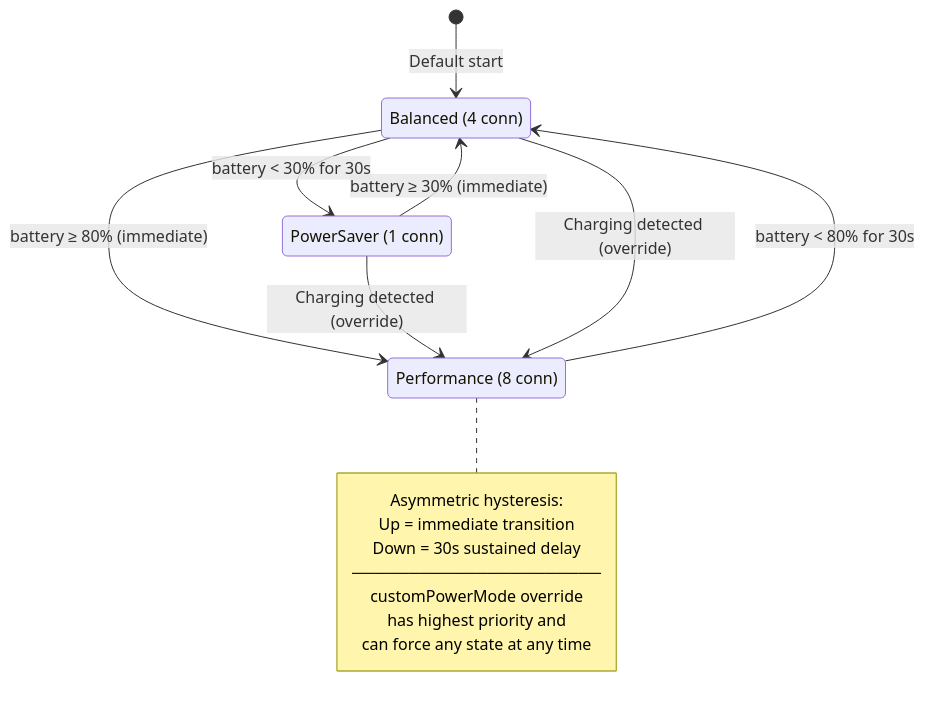
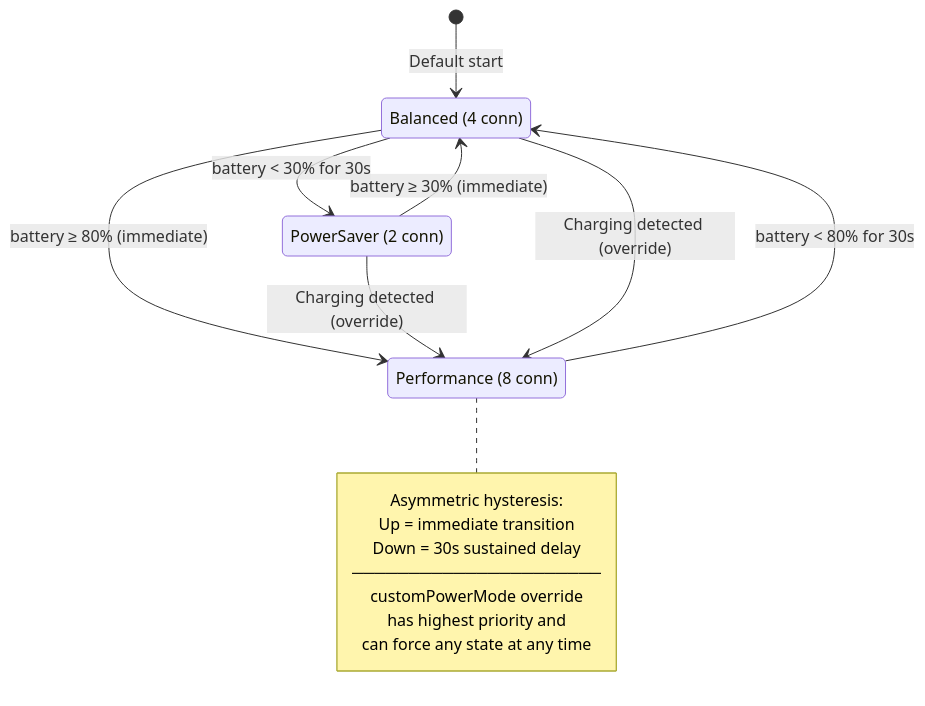
One commit to trancee/MeshLink changed diagram 17 of 18 in docs/design.md. Above: the diagram before and after it, drawn with Mermaid. The commit also changed other lines of this file and 5 other files, not shown here.

````diff
--- a/docs/design.md
+++ b/docs/design.md
@@ -1566,30 +1562,30 @@
 ```mermaid
 stateDiagram-v2
     [*] --> Balanced : Default start
 
     state "Performance (8 conn)" as Performance
     state "Balanced (4 conn)" as Balanced
-    state "PowerSaver (1 conn)" as PowerSaver
+    state "PowerSaver (2 conn)" as PowerSaver
 
     %% Upward transitions — immediate (no hysteresis)
     PowerSaver --> Balanced : battery ≥ 30% (immediate)
     Balanced --> Performance : battery ≥ 80% (immediate)
 
     %% Downward transitions — 30s hysteresis delay
     Performance --> Balanced : battery < 80% for 30s
     Balanced --> PowerSaver : battery < 30% for 30s
 
     %% Charging override — any state to Performance
     PowerSaver --> Performance : Charging detected (override)
     Balanced --> Performance : Charging detected (override)
 
     note right of Performance
         Asymmetric hysteresis:
         Up = immediate transition
         Down = 30s sustained delay
         ──────────────────────
         customPowerMode override
         has highest priority and
         can force any state at any time
     end note
 ```
````
